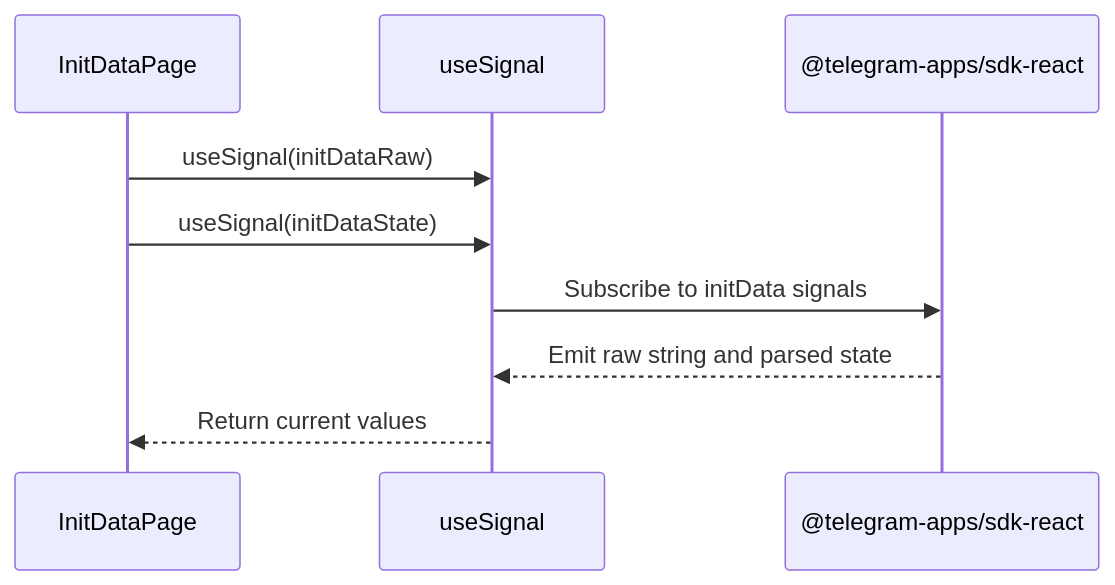
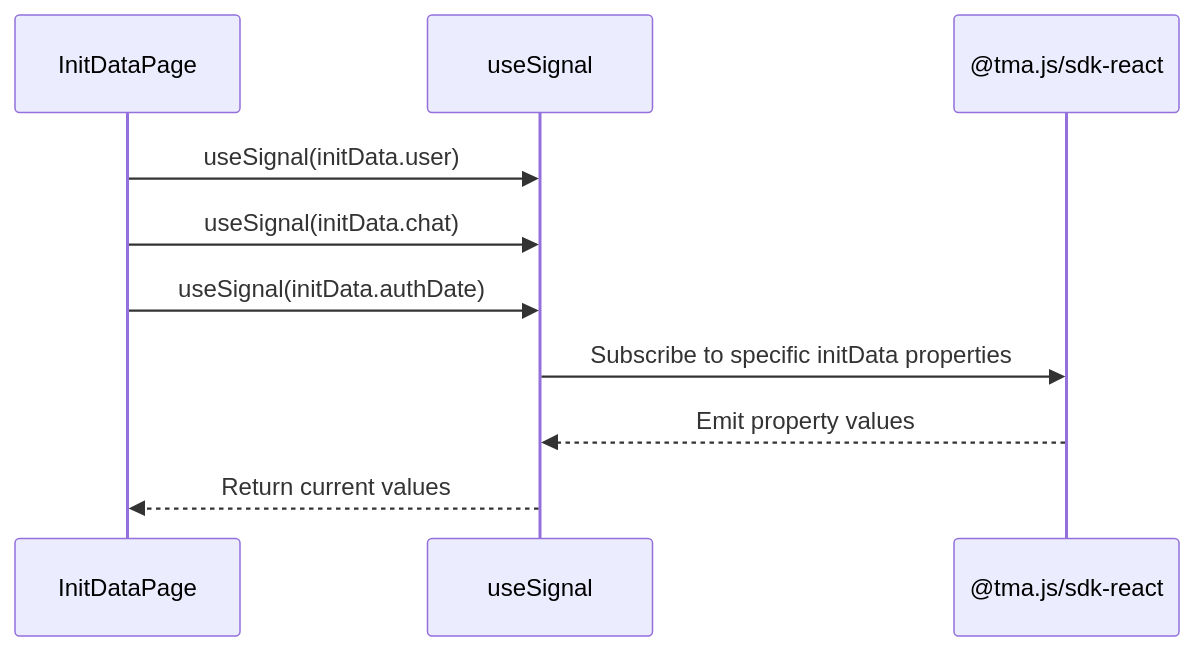
Before and after one commit to Miaterio/Passion-bot-2: the first of 4 diagrams in .qoder/repowiki/en/content/Feature Guide/Initialization Data Handling.md, drawn with Mermaid. The commit also changed other lines of this file and 5 other files, not shown here.

````diff
--- a/.qoder/repowiki/en/content/Feature Guide/Initialization Data Handling.md
+++ b/.qoder/repowiki/en/content/Feature Guide/Initialization Data Handling.md
@@ -29,11 +53,12 @@
 ```mermaid
 sequenceDiagram
 participant Component as InitDataPage
 participant Hook as useSignal
-participant SDK as @telegram-apps/sdk-react
-Component->>Hook : useSignal(initDataRaw)
-Component->>Hook : useSignal(initDataState)
-Hook->>SDK : Subscribe to initData signals
-SDK-->>Hook : Emit raw string and parsed state
+participant SDK as @tma.js/sdk-react
+Component->>Hook : useSignal(initData.user)
+Component->>Hook : useSignal(initData.chat)
+Component->>Hook : useSignal(initData.authDate)
+Hook->>SDK : Subscribe to specific initData properties
+SDK-->>Hook : Emit property values
 Hook-->>Component : Return current values
 ```
````
